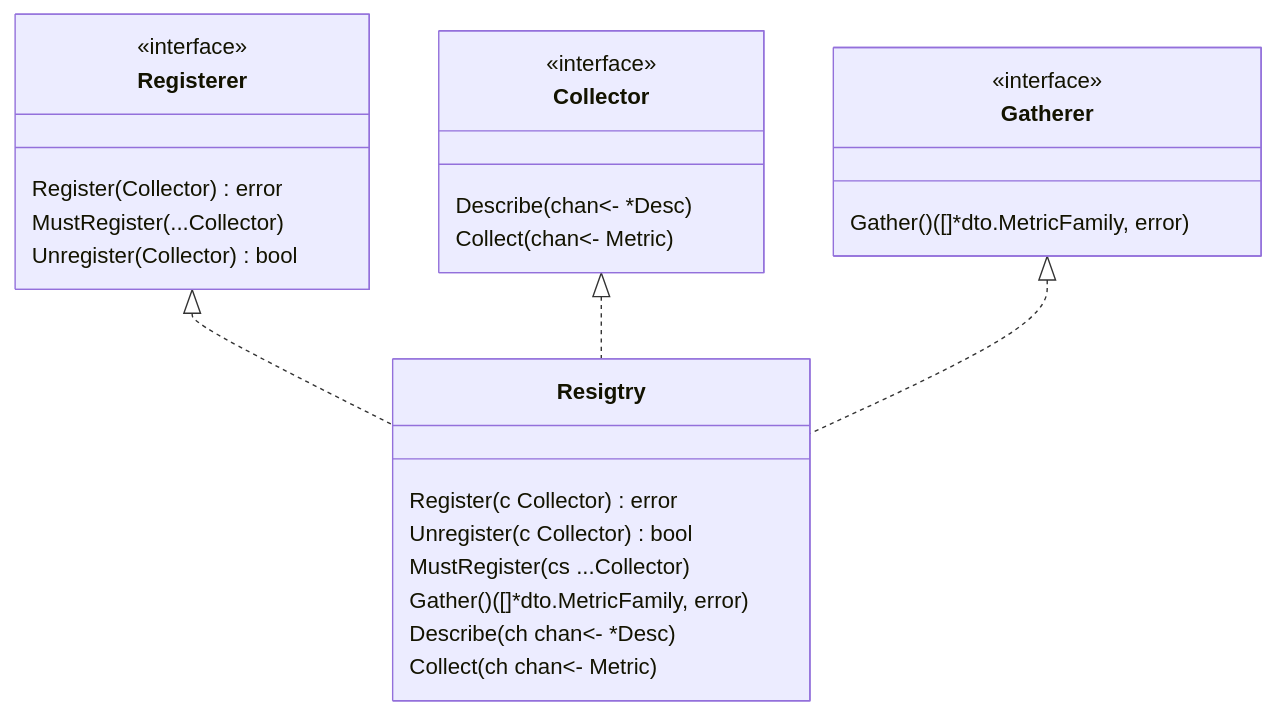
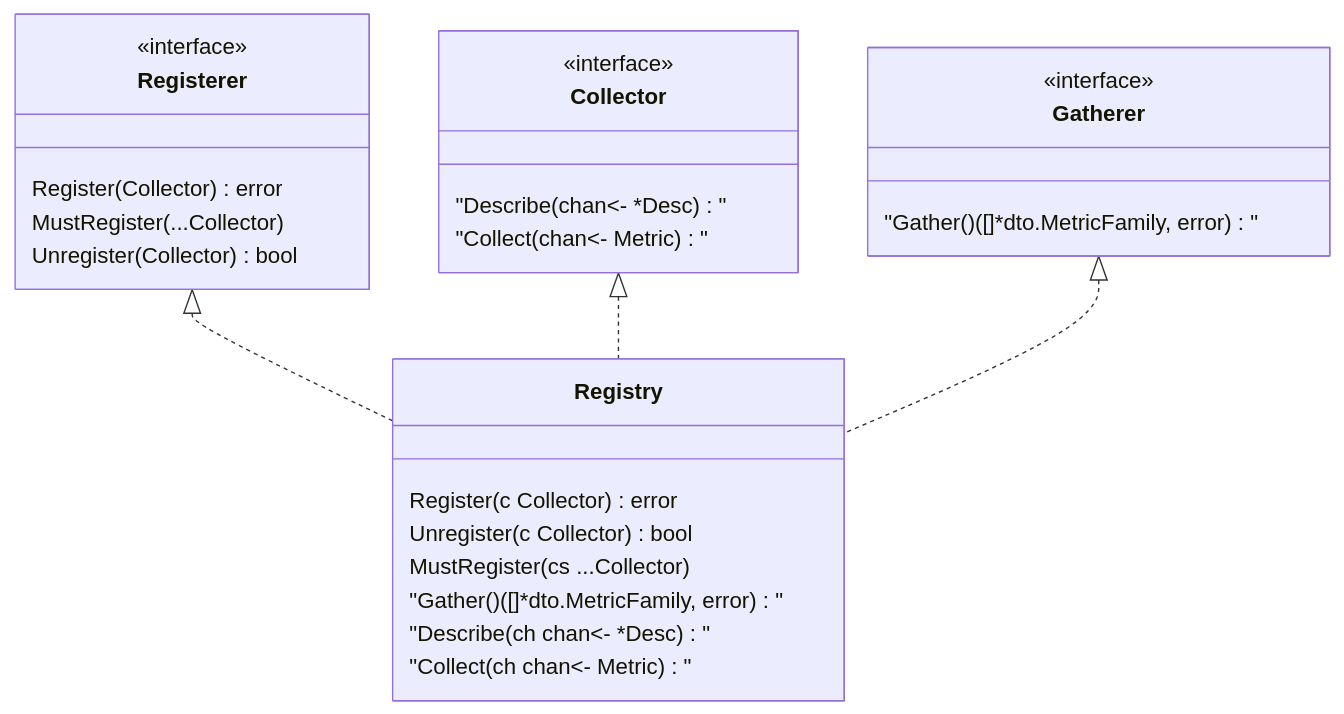
One commit to sq325/kikyo-blog changed the second of 5 diagrams in content/post/promClient系列_注册指标/index.md. Above: the diagram before and after it, drawn with Mermaid.

Commit message:
修正类名拼写错误，将 "Resigtry" 更正为 "Registry"，并更新类图中的相关引用

````diff
--- a/content/post/promClient系列_注册指标/index.md
+++ b/content/post/promClient系列_注册指标/index.md
@@ -186,30 +186,30 @@
 ```mermaid
 classDiagram
   class Registerer{
    <<interface>>
     Register(Collector) error
     MustRegister(...Collector)
     Unregister(Collector) bool
   }
-  class Resigtry {
+  class Registry {
    Register(c Collector) error 
    Unregister(c Collector) bool
    MustRegister(cs ...Collector)
-   Gather() ([]*dto.MetricFamily, error)
-   Describe(ch chan<- *Desc)
-   Collect(ch chan<- Metric)
+   "Gather() ([]*dto.MetricFamily, error)"
+   "Describe(ch chan&lt;- *Desc)"
+   "Collect(ch chan&lt;- Metric)"
   }
   class Collector {
    <<interface>>
-    Describe(chan<- *Desc)
-    Collect(chan<- Metric)
+    "Describe(chan&lt;- *Desc)"
+    "Collect(chan&lt;- Metric)"
   }
   class Gatherer {
    <<interface>>
-  Gather() ([]*dto.MetricFamily, error)
+  "Gather() ([]*dto.MetricFamily, error)"
   }
   
- Registerer <|.. Resigtry
- Collector <|.. Resigtry
- Gatherer <|.. Resigtry
+ Registerer <|.. Registry
+ Collector <|.. Registry
+ Gatherer <|.. Registry
 ```
````
